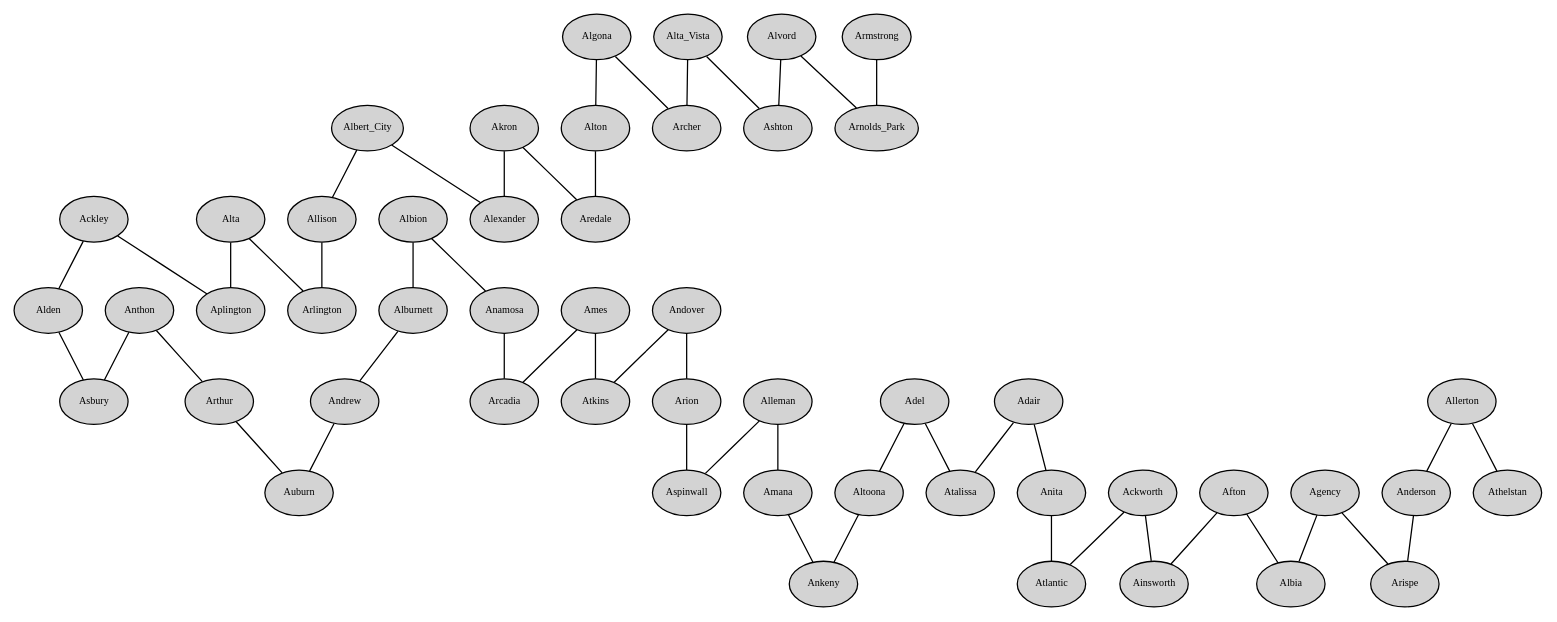
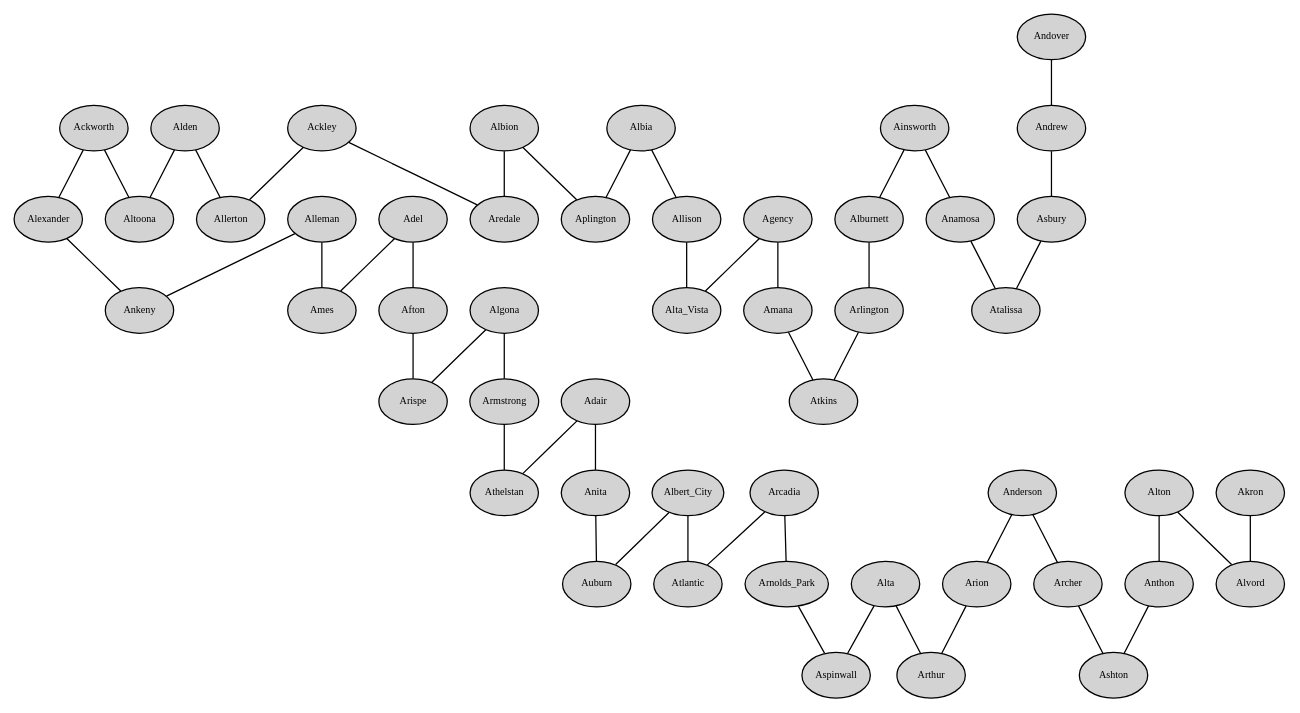
Before and after one commit to realbanjoo/PRPA: the diagram in outputs/theta_2.dot, drawn with Graphviz. The commit also changed 8 other files, not shown here.

```diff
--- a/outputs/theta_2.dot
+++ b/outputs/theta_2.dot
@@ -1,103 +1,103 @@
 graph geometric_spanner_greedy_spanner {
 outputorder=edgesfirst;
 node[fontsize=8, style=filled, margin="0.05,0.03"];
 Ackley [pos="212.758,-465.261!"];
 Ackworth [pos="206.835,-467.364!"];
 Adair [pos="207.501,-473.215!"];
 Adel [pos="208.072,-470.087!"];
 Afton [pos="205.137,-470.99!"];
 Agency [pos="204.975,-461.534!"];
 Ainsworth [pos="206.445,-457.762!"];
 Akron [pos="214.144,-482.797!"];
 Albert_City [pos="213.91,-474.743!"];
 Albia [pos="205.133,-464.029!"];
 Albion [pos="210.562,-464.943!"];
 Alburnett [pos="210.742,-458.093!"];
 Alden [pos="212.601,-466.88!"];
 Alexander [pos="214.029,-467.383!"];
 Algona [pos="215.35,-471.165!"];
 Alleman [pos="209.1,-468.058!"];
 Allerton [pos="203.532,-466.826!"];
 Allison [pos="213.764,-463.976!"];
 Alta [pos="213.368,-476.453!"];
 Alta_Vista [pos="215.993,-462.086!"];
 Alton [pos="214.937,-480.053!"];
 Altoona [pos="208.221,-467.323!"];
 Alvord [pos="216.711,-481.506!"];
 Amana [pos="209,-459.354!"];
 Ames [pos="210.174,-468.1!"];
 Anamosa [pos="210.542,-456.426!"];
 Anderson [pos="204.007,-478.021!"];
 Andover [pos="209.896,-451.259!"];
 Andrew [pos="210.768,-452.962!"];
 Anita [pos="207.226,-473.823!"];
 Ankeny [pos="208.649,-468.029!"];
 Anthon [pos="211.942,-479.333!"];
 Aplington [pos="212.921,-464.422!"];
 Arcadia [pos="210.436,-475.231!"];
 Archer [pos="215.576,-478.729!"];
 Aredale [pos="214.165,-465.027!"];
 Arion [pos="209.746,-477.318!"];
 Arispe [pos="204.747,-471.096!"];
 Arlington [pos="213.746,-458.356!"];
 Armstrong [pos="216.98,-472.392!"];
 Arnolds_Park [pos="216.864,-475.619!"];
 Arthur [pos="211.674,-476.738!"];
 Asbury [pos="212.572,-453.758!"];
 Ashton [pos="216.557,-478.956!"];
 Aspinwall [pos="209.56,-475.678!"];
 Atalissa [pos="207.856,-455.83!"];
 Athelstan [pos="202.861,-472.711!"];
 Atkins [pos="209.985,-459.311!"];
 Atlantic [pos="207.018,-475.069!"];
 Auburn [pos="211.257,-474.389!"];
-Ackley -- Alden
-Ackley -- Aplington
-Ackworth -- Ainsworth
-Ackworth -- Atlantic
+Ackley -- Aredale
+Ackley -- Allerton
+Ackworth -- Altoona
+Ackworth -- Alexander
+Adair -- Athelstan
 Adair -- Anita
-Adair -- Atalissa
-Adel -- Atalissa
-Adel -- Altoona
-Afton -- Albia
-Afton -- Ainsworth
-Agency -- Arispe
-Agency -- Albia
-Akron -- Alexander
-Akron -- Aredale
-Albert_City -- Allison
-Albert_City -- Alexander
-Albion -- Anamosa
-Albion -- Alburnett
-Alburnett -- Andrew
-Alden -- Asbury
-Algona -- Alton
-Algona -- Archer
-Alleman -- Amana
-Alleman -- Aspinwall
-Allerton -- Athelstan
-Allerton -- Anderson
-Allison -- Arlington
-Alta -- Aplington
-Alta -- Arlington
-Alta_Vista -- Archer
-Alta_Vista -- Ashton
-Alton -- Aredale
-Altoona -- Ankeny
-Alvord -- Ashton
-Alvord -- Arnolds_Park
-Amana -- Ankeny
-Ames -- Atkins
-Ames -- Arcadia
-Anamosa -- Arcadia
-Anderson -- Arispe
-Andover -- Arion
-Andover -- Atkins
-Andrew -- Auburn
-Anita -- Atlantic
-Anthon -- Arthur
-Anthon -- Asbury
-Arion -- Aspinwall
-Armstrong -- Arnolds_Park
-Arthur -- Auburn
+Adel -- Ames
+Adel -- Afton
+Afton -- Arispe
+Agency -- Amana
+Agency -- Alta_Vista
+Ainsworth -- Anamosa
+Ainsworth -- Alburnett
+Akron -- Alvord
+Albert_City -- Auburn
+Albert_City -- Atlantic
+Albia -- Allison
+Albia -- Aplington
+Albion -- Aplington
+Albion -- Aredale
+Alburnett -- Arlington
+Alden -- Allerton
+Alden -- Altoona
+Alexander -- Ankeny
+Algona -- Arispe
+Algona -- Armstrong
+Alleman -- Ankeny
+Alleman -- Ames
+Allison -- Alta_Vista
+Alta -- Aspinwall
+Alta -- Arthur
+Alton -- Anthon
+Alton -- Alvord
+Amana -- Atkins
+Anamosa -- Atalissa
+Anderson -- Arion
+Anderson -- Archer
+Andover -- Andrew
+Andrew -- Asbury
+Anita -- Auburn
+Anthon -- Ashton
+Arcadia -- Atlantic
+Arcadia -- Arnolds_Park
+Archer -- Ashton
+Arion -- Arthur
+Arlington -- Atkins
+Armstrong -- Athelstan
+Arnolds_Park -- Aspinwall
+Asbury -- Atalissa
 }
```
